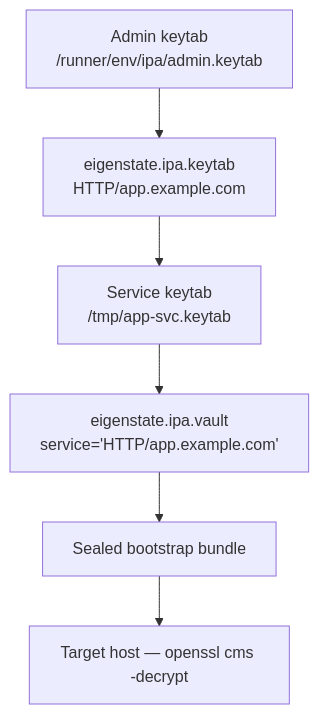
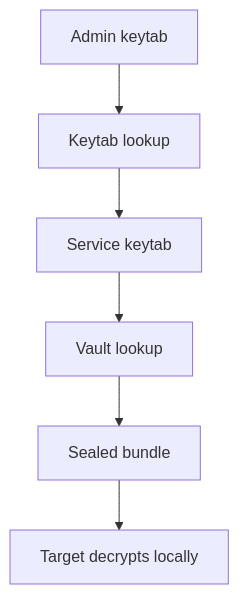
Before and after one commit to gprocunier/eigenstate-ipa: the sixth of 7 diagrams in docs/keytab-use-cases.md, drawn with Mermaid. The commit also changed other lines of this file and 12 other files, not shown here.

Commit message:
Clean up Mermaid diagrams across docs

````diff
--- a/docs/keytab-use-cases.md
+++ b/docs/keytab-use-cases.md
@@ -321,15 +324,15 @@
 ```mermaid
 flowchart TD
-    admin_kt["Admin keytab\n/runner/env/ipa/admin.keytab"]
-    keytab_lookup["eigenstate.ipa.keytab\nHTTP/app.example.com"]
-    svc_kt["Service keytab\n/tmp/app-svc.keytab"]
-    vault_lookup["eigenstate.ipa.vault\nservice='HTTP/app.example.com'"]
-    bundle["Sealed bootstrap bundle"]
-    target["Target host — openssl cms -decrypt"]
+    admin_kt["Admin keytab"]
+    keytab_lookup["Keytab lookup"]
+    svc_kt["Service keytab"]
+    vault_lookup["Vault lookup"]
+    bundle["Sealed bundle"]
+    target["Target decrypts locally"]
 
     admin_kt --> keytab_lookup
     keytab_lookup --> svc_kt
     svc_kt --> vault_lookup
     vault_lookup --> bundle
     bundle --> target
 ```
````
